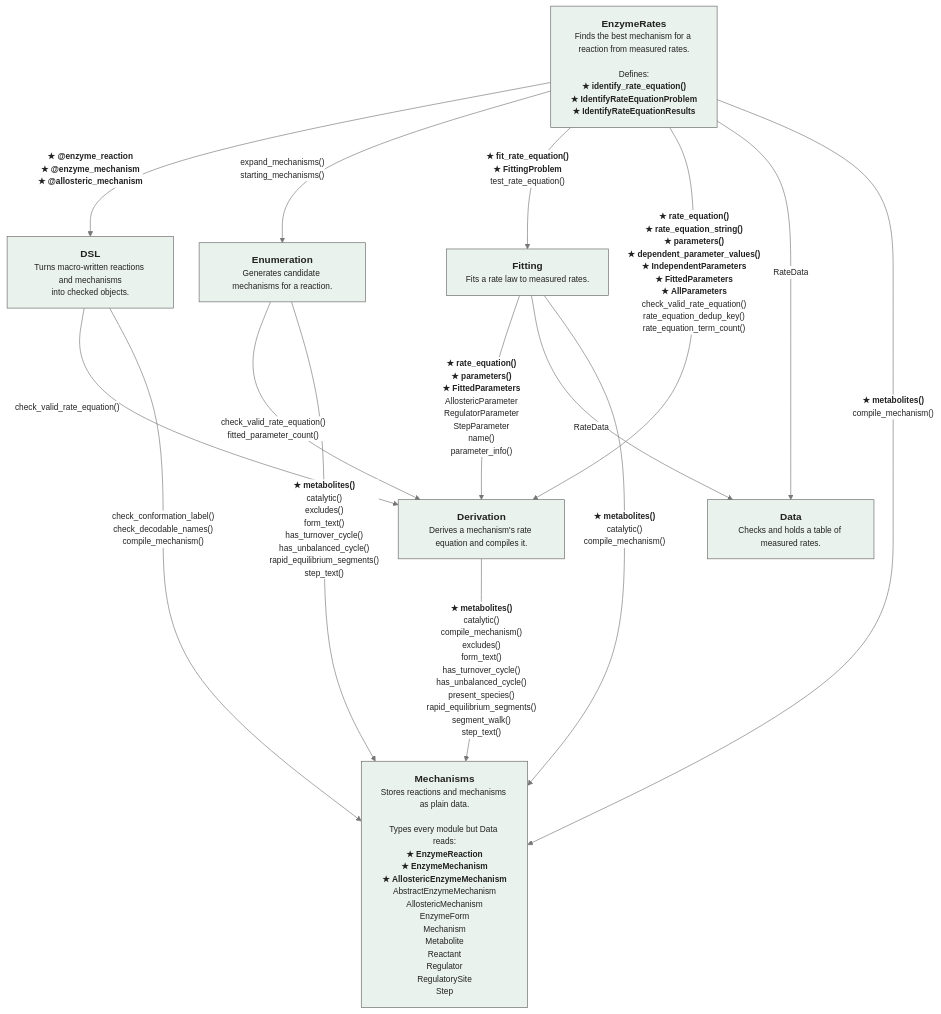
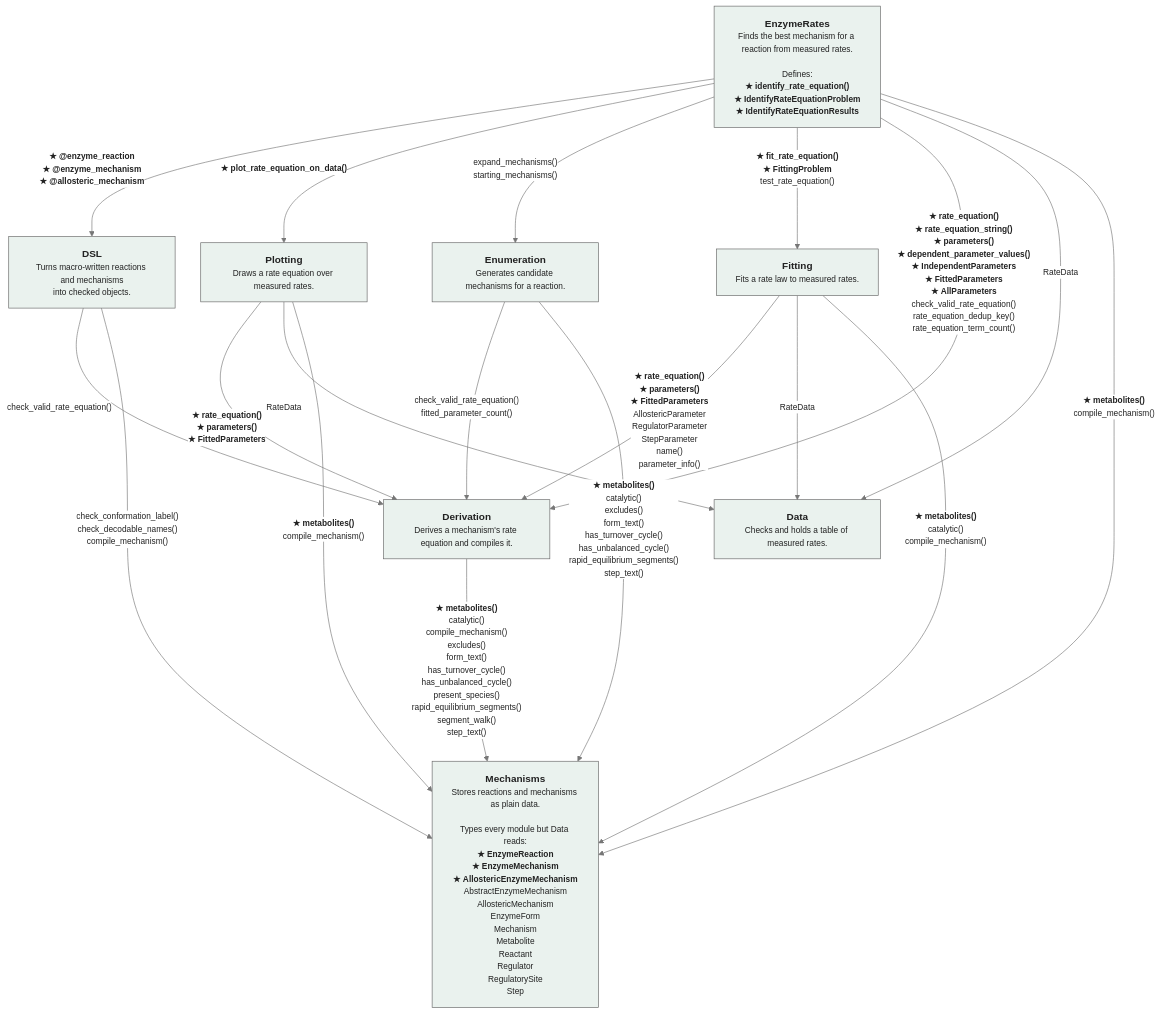
The diagram in docs/src/developer.md (DenisTitovLab/EnzymeRates.jl), drawn with Mermaid before and after one commit. The commit also changed other lines of this file and 27 other files, not shown here.

First line of the commit message:
Add plot_rate_equation_on_data (#103)

````diff
--- a/docs/src/developer.md
+++ b/docs/src/developer.md
@@ -25,31 +25,36 @@
 ```mermaid
 %%{init: {"theme": "base", "flowchart": {"curve": "basis", "nodeSpacing": 40, "rankSpacing": 70, "htmlLabels": true},
   "themeVariables": {"fontFamily": "Helvetica, Arial, sans-serif", "fontSize": "13px",
   "primaryColor": "#ffffff", "primaryBorderColor": "#666666", "primaryTextColor": "#222222",
   "lineColor": "#777777", "edgeLabelBackground": "#ffffff", "clusterBkg": "#eaf2ee",
   "clusterBorder": "#666666", "titleColor": "#1f4f42"}}}%%
 flowchart TB
   top["<b><big>EnzymeRates</big></b><br/>Finds the best mechanism for a reaction from measured rates.<br/><br/>Defines:<br/><b>★#nbsp;identify_rate_equation()</b><br/><b>★#nbsp;IdentifyRateEquationProblem</b><br/><b>★#nbsp;IdentifyRateEquationResults</b>"]
   dsl["<b><big>DSL</big></b><br/>Turns macro-written reactions and mechanisms<br/>into checked objects."]
+  plot["<b><big>Plotting</big></b><br/>Draws a rate equation over measured rates."]
   enum["<b><big>Enumeration</big></b><br/>Generates candidate mechanisms for a reaction."]
   fit["<b><big>Fitting</big></b><br/>Fits a rate law to measured rates."]
   der["<b><big>Derivation</big></b><br/>Derives a mechanism's rate equation and compiles it."]
   data["<b><big>Data</big></b><br/>Checks and holds a table of measured rates."]
   mech["<b><big>Mechanisms</big></b><br/>Stores reactions and mechanisms as plain data.<br/><br/>Types every module but Data reads:<br/><b>★#nbsp;EnzymeReaction</b><br/><b>★#nbsp;EnzymeMechanism</b><br/><b>★#nbsp;AllostericEnzymeMechanism</b><br/>AbstractEnzymeMechanism<br/>AllostericMechanism<br/>EnzymeForm<br/>Mechanism<br/>Metabolite<br/>Reactant<br/>Regulator<br/>RegulatorySite<br/>Step"]
   top -->|"<b>★#nbsp;@enzyme_reaction</b><br/><b>★#nbsp;@enzyme_mechanism</b><br/><b>★#nbsp;@allosteric_mechanism</b>"| dsl
+  top -->|"<b>★#nbsp;plot_rate_equation_on_data()</b>"| plot
   top -->|"expand_mechanisms()<br/>starting_mechanisms()"| enum
   top -->|"<b>★#nbsp;fit_rate_equation()</b><br/><b>★#nbsp;FittingProblem</b><br/>test_rate_equation()"| fit
   top -->|"<b>★#nbsp;rate_equation()</b><br/><b>★#nbsp;rate_equation_string()</b><br/><b>★#nbsp;parameters()</b><br/><b>★#nbsp;dependent_parameter_values()</b><br/><b>★#nbsp;IndependentParameters</b><br/><b>★#nbsp;FittedParameters</b><br/><b>★#nbsp;AllParameters</b><br/>check_valid_rate_equation()<br/>rate_equation_dedup_key()<br/>rate_equation_term_count()"| der
   top -->|"RateData"| data
   top -->|"<b>★#nbsp;metabolites()</b><br/>compile_mechanism()"| mech
   dsl -->|"check_valid_rate_equation()"| der
   dsl -->|"check_conformation_label()<br/>check_decodable_names()<br/>compile_mechanism()"| mech
+  plot -->|"<b>★#nbsp;rate_equation()</b><br/><b>★#nbsp;parameters()</b><br/><b>★#nbsp;FittedParameters</b>"| der
+  plot -->|"RateData"| data
+  plot -->|"<b>★#nbsp;metabolites()</b><br/>compile_mechanism()"| mech
   enum -->|"check_valid_rate_equation()<br/>fitted_parameter_count()"| der
   enum -->|"<b>★#nbsp;metabolites()</b><br/>catalytic()<br/>excludes()<br/>form_text()<br/>has_turnover_cycle()<br/>has_unbalanced_cycle()<br/>rapid_equilibrium_segments()<br/>step_text()"| mech
   fit -->|"<b>★#nbsp;rate_equation()</b><br/><b>★#nbsp;parameters()</b><br/><b>★#nbsp;FittedParameters</b><br/>AllostericParameter<br/>RegulatorParameter<br/>StepParameter<br/>name()<br/>parameter_info()"| der
   fit -->|"RateData"| data
   fit -->|"<b>★#nbsp;metabolites()</b><br/>catalytic()<br/>compile_mechanism()"| mech
   der -->|"<b>★#nbsp;metabolites()</b><br/>catalytic()<br/>compile_mechanism()<br/>excludes()<br/>form_text()<br/>has_turnover_cycle()<br/>has_unbalanced_cycle()<br/>present_species()<br/>rapid_equilibrium_segments()<br/>segment_walk()<br/>step_text()"| mech
   classDef mod fill:#eaf2ee,stroke:#666666,color:#222222;
-  class top,dsl,enum,fit,der,data,mech mod;
+  class top,dsl,plot,enum,fit,der,data,mech mod;
 ```
````
